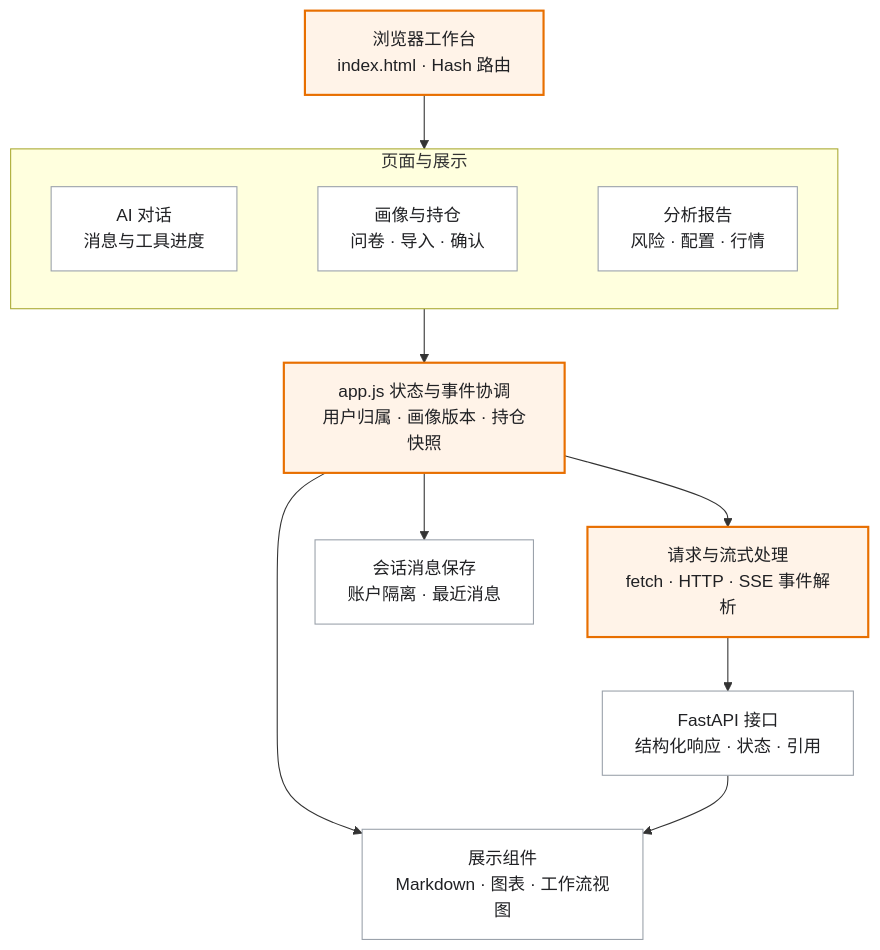
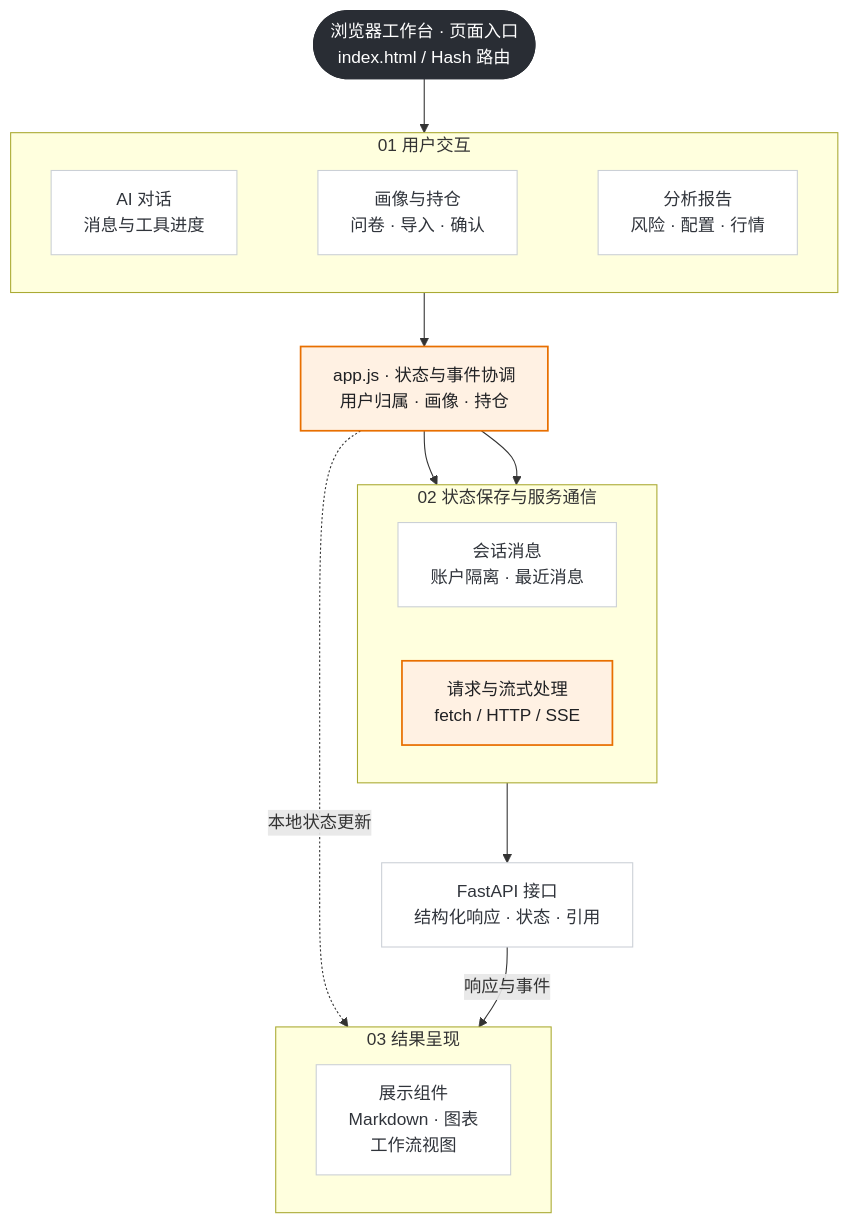
Before and after one commit to 1917173927/prism: the diagram in docs/submission/figures/frontend-framework.mmd, drawn with Mermaid. The commit also changed 15 other files, not shown here.

Commit message:
docs: 优化技术流程图的布局与视觉层级

```diff
--- a/docs/submission/figures/frontend-framework.mmd
+++ b/docs/submission/figures/frontend-framework.mmd
@@ -1,19 +1,29 @@
 flowchart TD
-  entry["浏览器工作台<br/>index.html · Hash 路由"] --> view
-  subgraph view[页面与展示]
+  entry(["浏览器工作台 · 页面入口<br/>index.html / Hash 路由"]) --> view
+  subgraph view[01  用户交互]
     direction LR
     chat["AI 对话<br/>消息与工具进度"]
     account["画像与持仓<br/>问卷 · 导入 · 确认"]
     report["分析报告<br/>风险 · 配置 · 行情"]
     chat ~~~ account ~~~ report
   end
-  view --> state["app.js 状态与事件协调<br/>用户归属 · 画像版本 · 持仓快照"]
-  state --> render["展示组件<br/>Markdown · 图表 · 工作流视图"]
-  state --> api["请求与流式处理<br/>fetch · HTTP · SSE 事件解析"]
-  state --> history["会话消息保存<br/>账户隔离 · 最近消息"]
+  view --> state["app.js · 状态与事件协调<br/>用户归属 · 画像 · 持仓"]
+  subgraph interaction[02  状态保存与服务通信]
+    direction LR
+    history["会话消息<br/>账户隔离 · 最近消息"]
+    api["请求与流式处理<br/>fetch / HTTP / SSE"]
+  end
+  state --> history
+  state --> api
   api --> backend["FastAPI 接口<br/>结构化响应 · 状态 · 引用"]
-  backend --> render
-  classDef accent fill:#fff3e8,stroke:#e86f00,color:#202124,stroke-width:2px
-  classDef base fill:#ffffff,stroke:#9aa1aa,color:#202124
-  class entry,state,api accent
+  subgraph presentation[03  结果呈现]
+    render["展示组件<br/>Markdown · 图表<br/>工作流视图"]
+  end
+  state -.->|本地状态更新| presentation
+  backend -->|响应与事件| presentation
+  classDef accent fill:#fff1e3,stroke:#e86f00,color:#202124,stroke-width:1.6px
+  classDef base fill:#ffffff,stroke:#cbd0d6,color:#30343b
+  classDef dark fill:#292d34,stroke:#292d34,color:#ffffff
+  class entry dark
+  class state,api accent
   class chat,account,report,render,history,backend base
```
